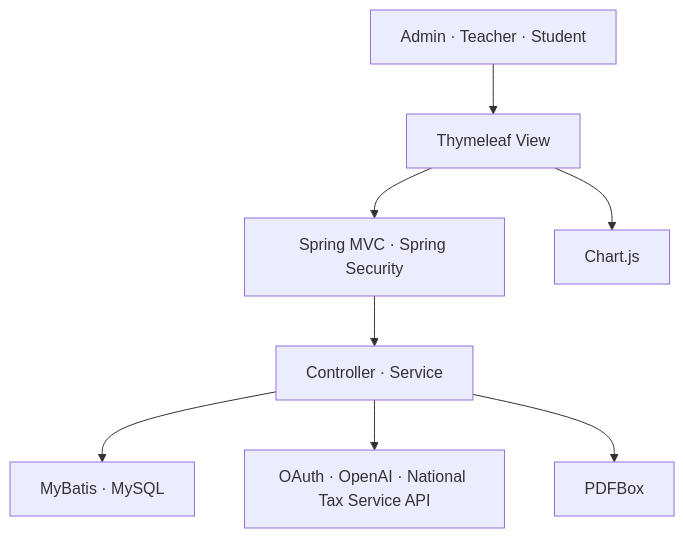
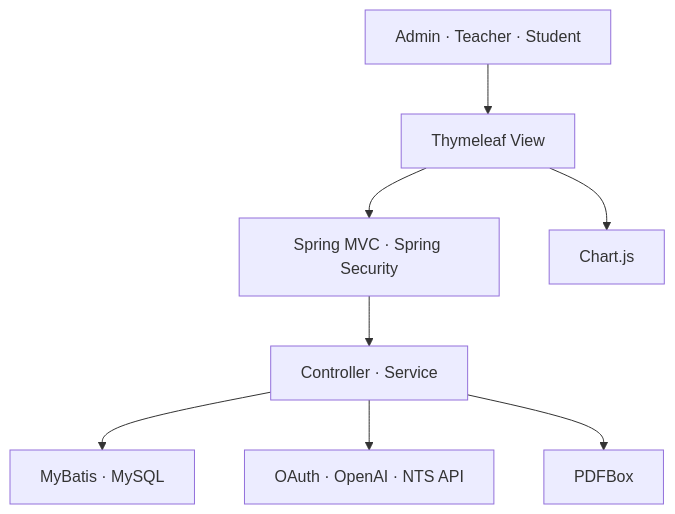
Before and after one commit to Eunhye-yoo/EduPOP: the diagram in README.en.md, drawn with Mermaid. The commit also changed other lines of this file and 2 other files, not shown here.

```diff
--- a/README.en.md
+++ b/README.en.md
@@ -130,10 +46,10 @@
 ~~~mermaid
 flowchart TB
     U["Admin · Teacher · Student"] --> V["Thymeleaf View"]
     V --> S["Spring MVC · Spring Security"]
     S --> B["Controller · Service"]
     B --> D["MyBatis · MySQL"]
-    B --> X["OAuth · OpenAI · National Tax Service API"]
+    B --> X["OAuth · OpenAI · NTS API"]
     B --> P["PDFBox"]
     V --> C["Chart.js"]
 ~~~
```
